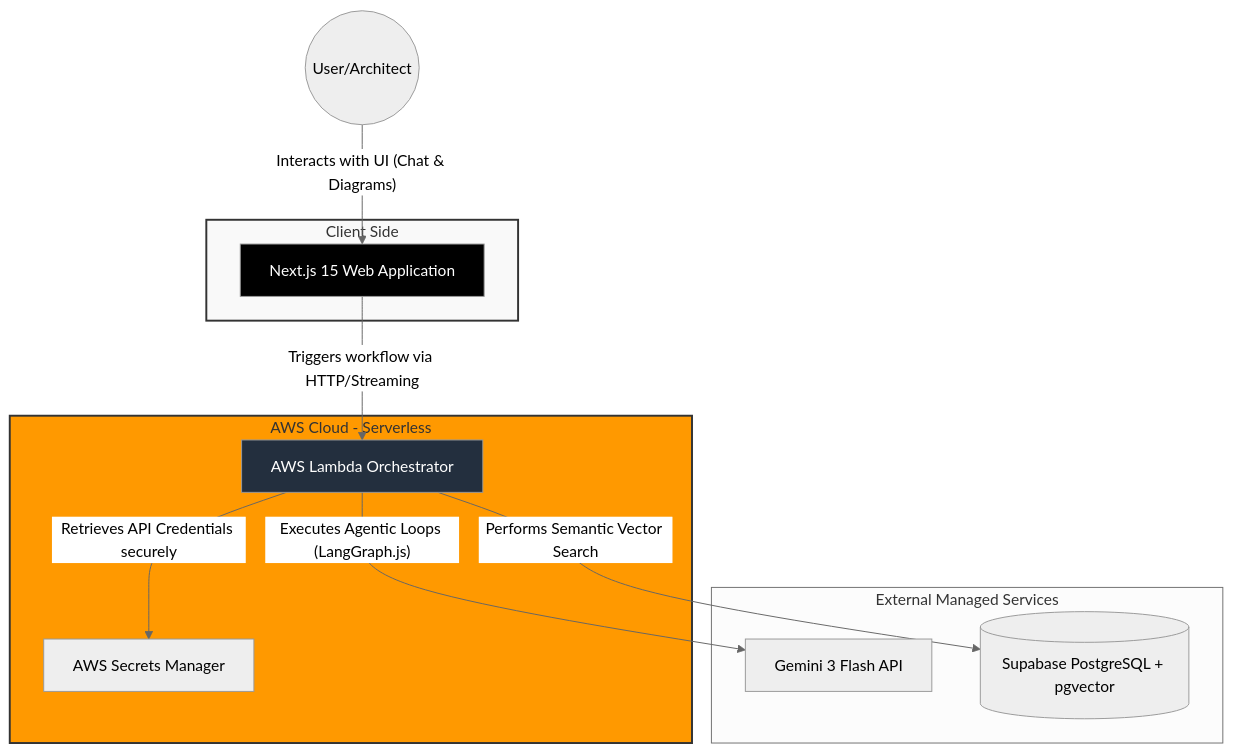
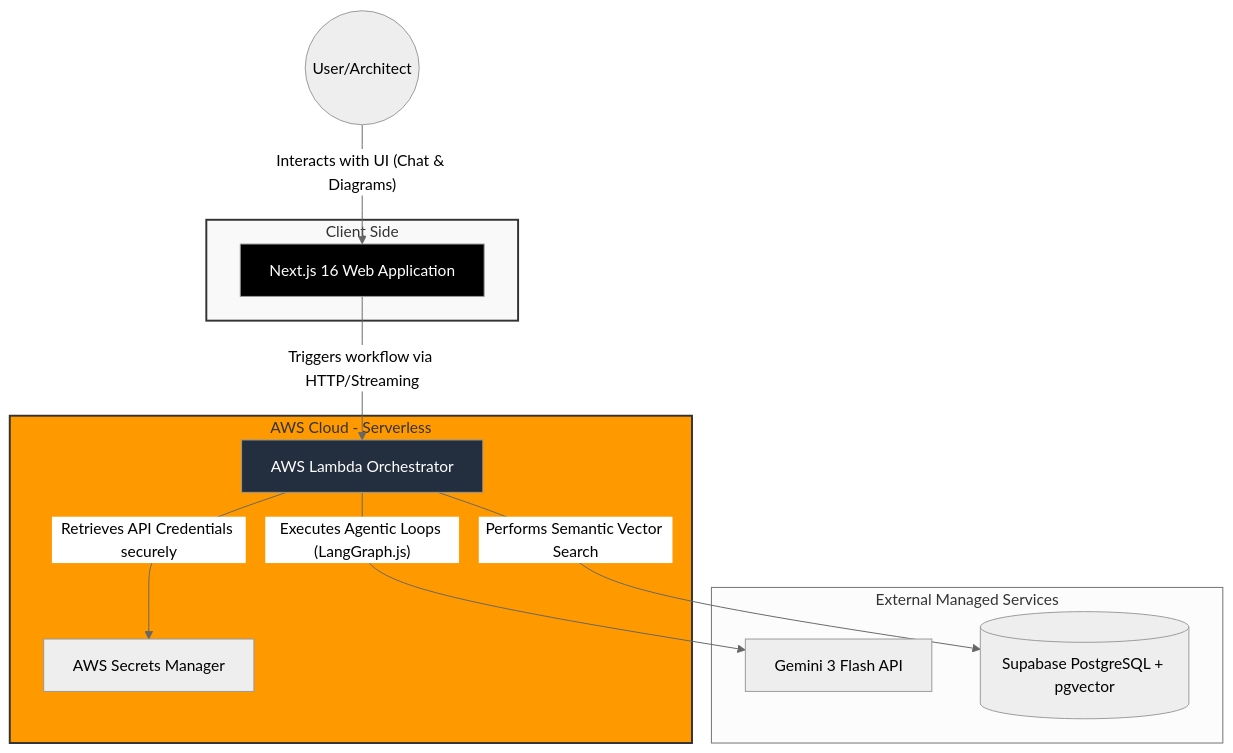
Before and after one commit to LuaGR/project-archi: the diagram in docs/c4/02-containers.md, drawn with Mermaid (neutral theme). The commit also changed other lines of this file and 23 other files, not shown here.

Commit message:
feat: introduce shared API error schema, add new API domain ports for configuration and secrets

````diff
--- a/docs/c4/02-containers.md
+++ b/docs/c4/02-containers.md
@@ -11,29 +11,29 @@
 ```mermaid
 graph TD
     User((User/Architect))
     
     subgraph Client_Layer [Client Side]
-        WebApp[Next.js 15 Web Application]
+        WebApp[Next.js 16 Web Application]
     end
     
     subgraph AWS_Cloud [AWS Cloud - Serverless]
         Lambda[AWS Lambda Orchestrator]
         ASM[AWS Secrets Manager]
     end
     
     subgraph External_Cloud [External Managed Services]
         Gemini[Gemini 3 Flash API]
         SupaDB[(Supabase PostgreSQL + pgvector)]
     end
 
     User -- "Interacts with UI (Chat & Diagrams)" --> WebApp
     WebApp -- "Triggers workflow via HTTP/Streaming" --> Lambda
     Lambda -- "Retrieves API Credentials securely" --> ASM
     Lambda -- "Executes Agentic Loops (LangGraph.js)" --> Gemini
     Lambda -- "Performs Semantic Vector Search" --> SupaDB
 
     style Client_Layer fill:#f9f9f9,stroke:#333,stroke-width:2px
     style AWS_Cloud fill:#ff9900,stroke:#333,stroke-width:2px
     style WebApp fill:#000,color:#fff
     style Lambda fill:#232f3e,color:#fff
 ```
````
